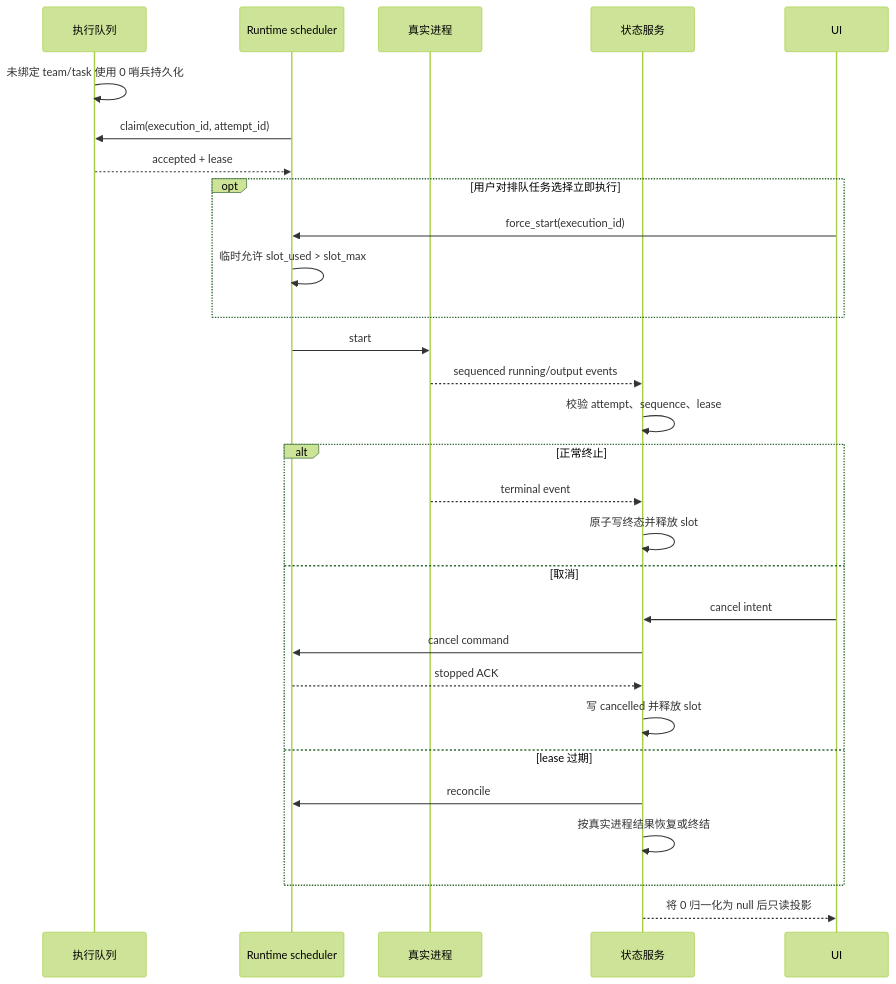
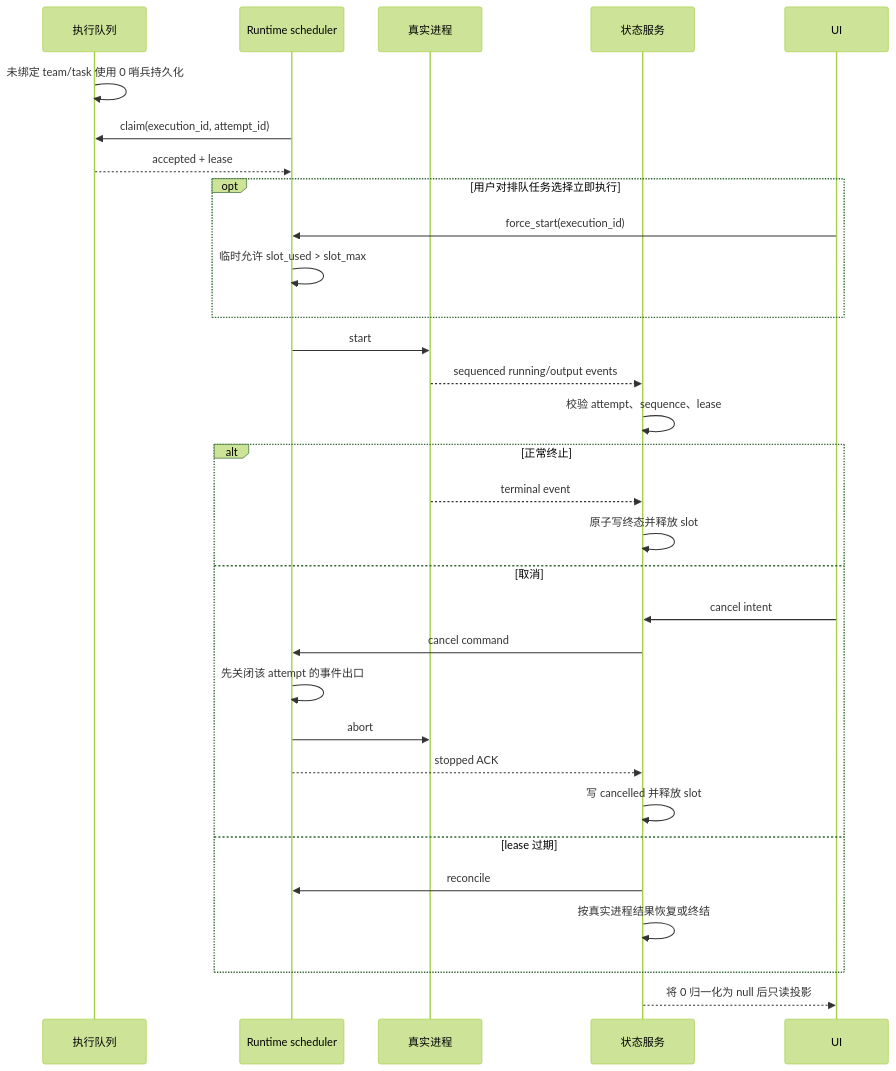
One commit to wecode-ai/wegent-docs changed the second of 2 diagrams in i18n/zh/docusaurus-plugin-content-docs/current/architecture/project-execution-state.md. Above: the diagram before and after it, drawn with Mermaid (forest theme). The commit also changed other lines of this file and 3 other files, not shown here.

````diff
--- a/i18n/zh/docusaurus-plugin-content-docs/current/architecture/project-execution-state.md
+++ b/i18n/zh/docusaurus-plugin-content-docs/current/architecture/project-execution-state.md
@@ -26,32 +28,34 @@
 ```mermaid
 sequenceDiagram
     participant Q as 执行队列
     participant R as Runtime scheduler
     participant P as 真实进程
     participant S as 状态服务
     participant U as UI
 
     Q->>Q: 未绑定 team/task 使用 0 哨兵持久化
     R->>Q: claim(execution_id, attempt_id)
     Q-->>R: accepted + lease
     opt 用户对排队任务选择立即执行
         U->>R: force_start(execution_id)
         R->>R: 临时允许 slot_used > slot_max
     end
     R->>P: start
     P-->>S: sequenced running/output events
     S->>S: 校验 attempt、sequence、lease
     alt 正常终止
         P-->>S: terminal event
         S->>S: 原子写终态并释放 slot
     else 取消
         U->>S: cancel intent
         S->>R: cancel command
+        R->>R: 先关闭该 attempt 的事件出口
+        R->>P: abort
         R-->>S: stopped ACK
         S->>S: 写 cancelled 并释放 slot
     else lease 过期
         S->>R: reconcile
         S->>S: 按真实进程结果恢复或终结
     end
     S-->>U: 将 0 归一化为 null 后只读投影
 ```
````
